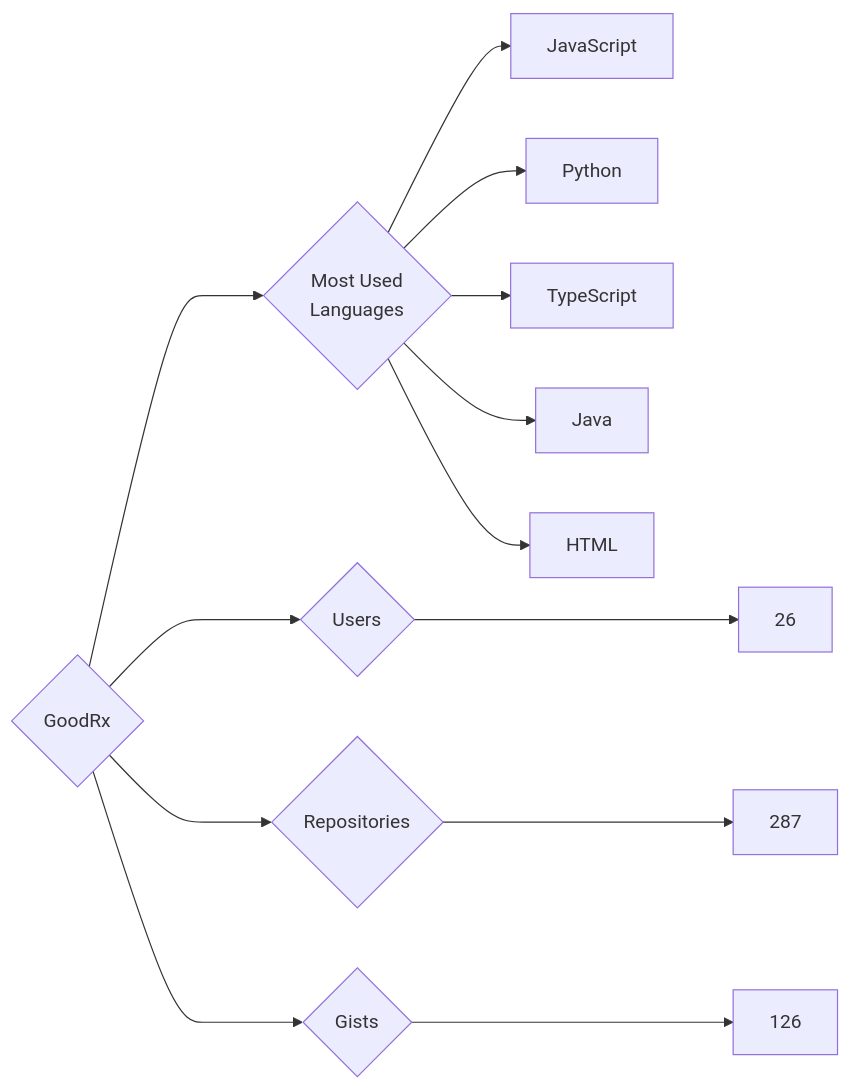
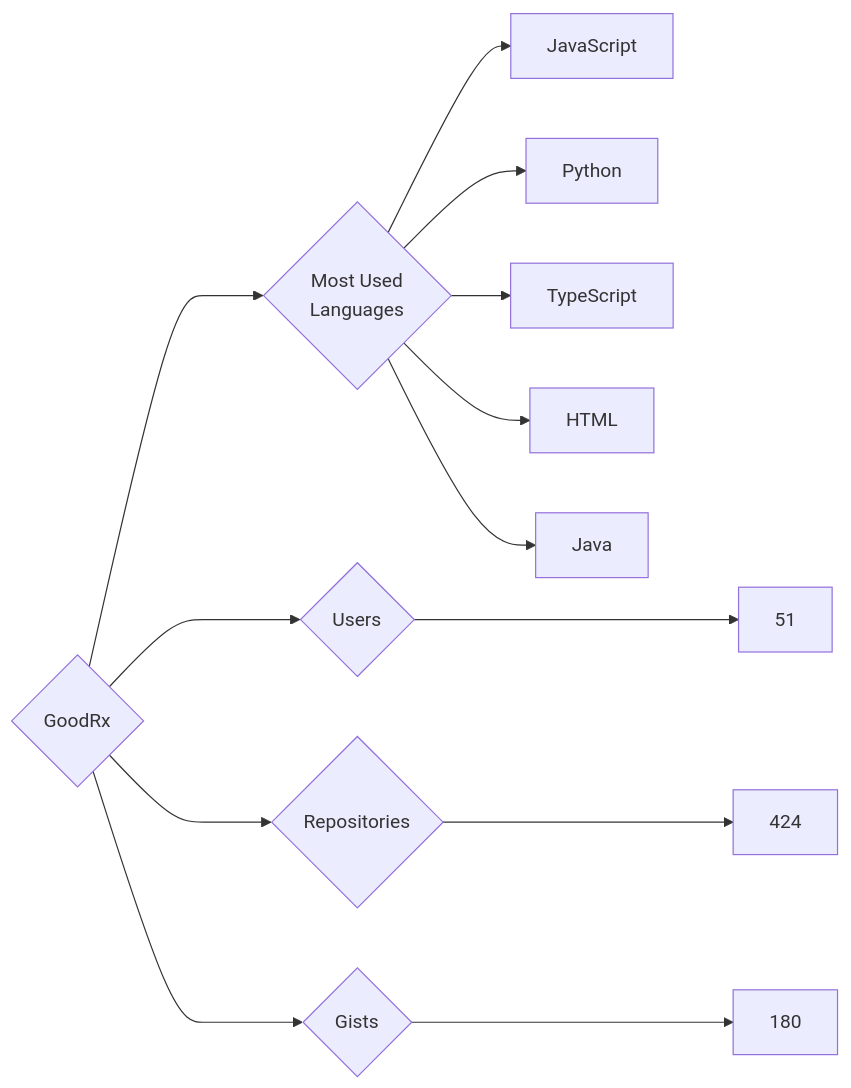
The diagram in targets/GoodRx/README.md (trickest/insiders), drawn with Mermaid before and after one commit. The commit also changed 681 other files, not shown here.

````diff
--- a/targets/GoodRx/README.md
+++ b/targets/GoodRx/README.md
@@ -3,13 +3,13 @@
 ```mermaid
 graph LR
 COMPANY_NAME{GoodRx}
-COMPANY_NAME ---> U{Users} ---> UN[26]
-COMPANY_NAME ---> R{Repositories} ---> RN[287]
-COMPANY_NAME ---> G{Gists} ---> GN[126]
+COMPANY_NAME ---> U{Users} ---> UN[51]
+COMPANY_NAME ---> R{Repositories} ---> RN[424]
+COMPANY_NAME ---> G{Gists} ---> GN[180]
 COMPANY_NAME ---> ML{Most Used<br>Languages}
 ML --> JavaScript[JavaScript]
 ML --> Python[Python]
 ML --> TypeScript[TypeScript]
+ML --> HTML[HTML]
 ML --> Java[Java]
-ML --> HTML[HTML]
 ```
````
